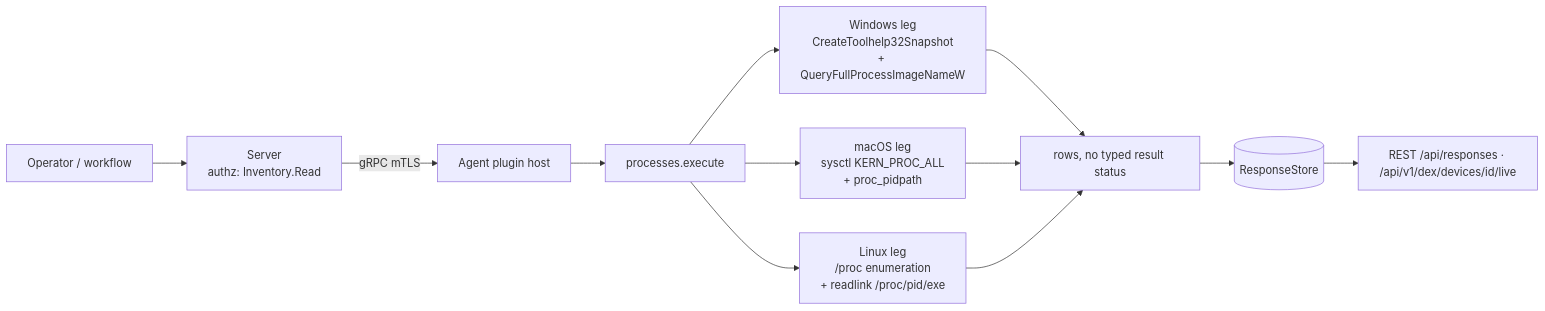
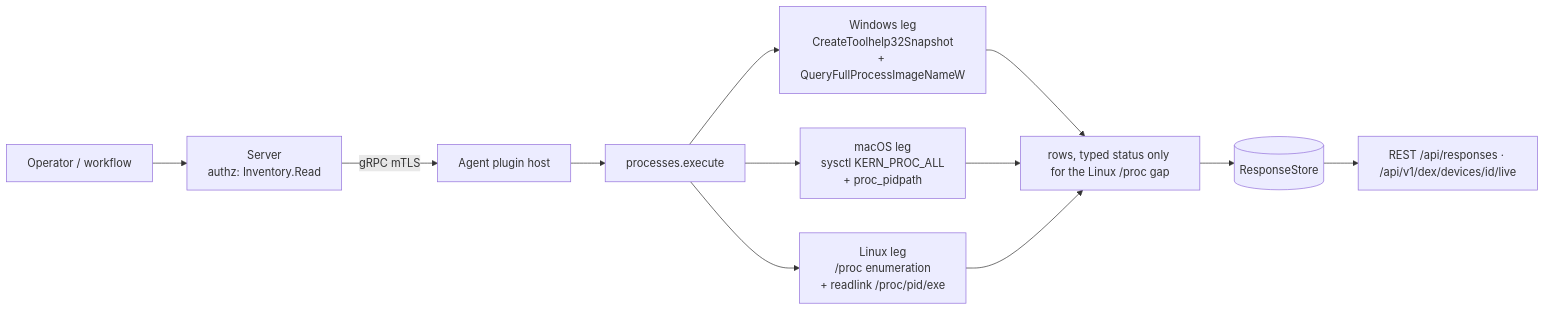
One commit to DevNullLtd/Yuzu changed the diagram in agents/plugins/processes/README.md. Above: the diagram before and after it, drawn with Mermaid. The commit also changed other lines of this file and 25 other files, not shown here.

````diff
--- a/agents/plugins/processes/README.md
+++ b/agents/plugins/processes/README.md
@@ -19,9 +19,9 @@
 ```mermaid
 flowchart LR
   OP[Operator / workflow] --> SRV[Server<br/>authz: Inventory.Read]
   SRV -- gRPC mTLS --> HOST[Agent plugin host] --> EX[processes.execute]
   EX --> WIN[Windows leg<br/>CreateToolhelp32Snapshot<br/>+ QueryFullProcessImageNameW]
   EX --> MAC[macOS leg<br/>sysctl KERN_PROC_ALL<br/>+ proc_pidpath]
   EX --> LIN[Linux leg<br/>/proc enumeration<br/>+ readlink /proc/pid/exe]
-  WIN & MAC & LIN --> ROWS[rows, no typed result status] --> RS[(ResponseStore)] --> API[REST /api/responses · /api/v1/dex/devices/id/live]
+  WIN & MAC & LIN --> ROWS[rows, typed status only for the Linux /proc gap] --> RS[(ResponseStore)] --> API[REST /api/responses · /api/v1/dex/devices/id/live]
 ```
````
